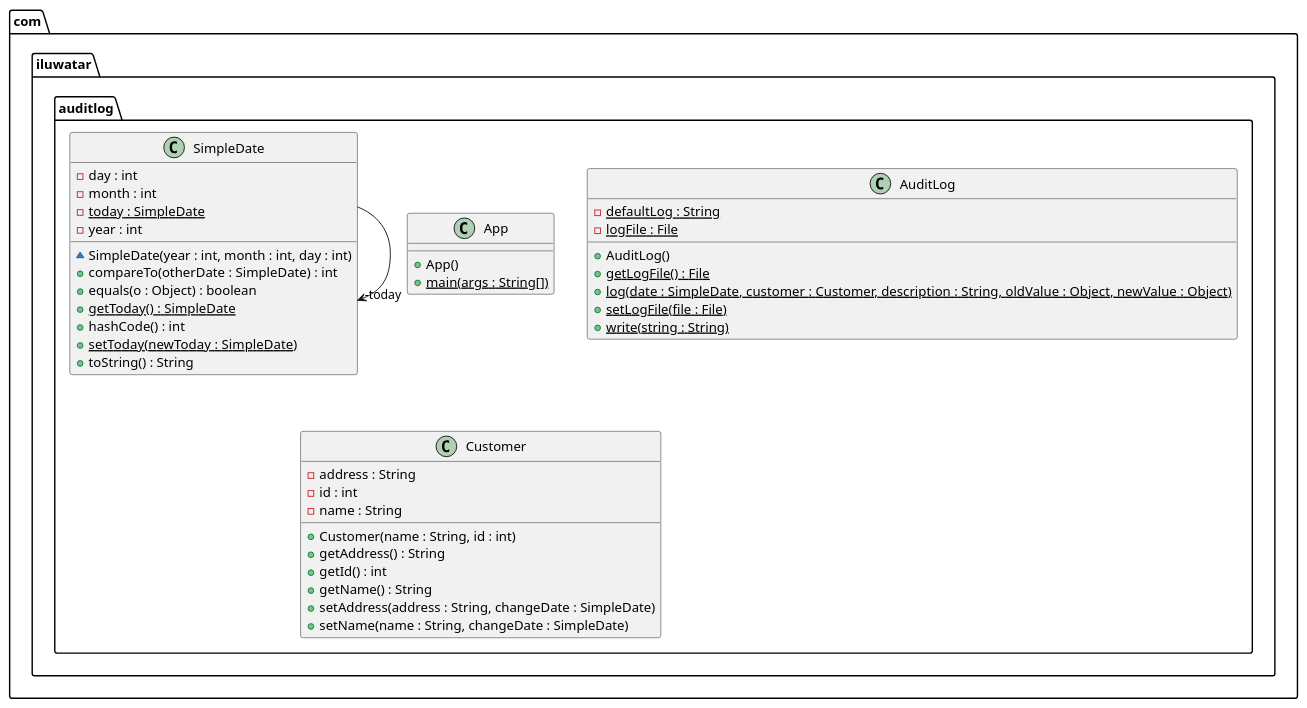
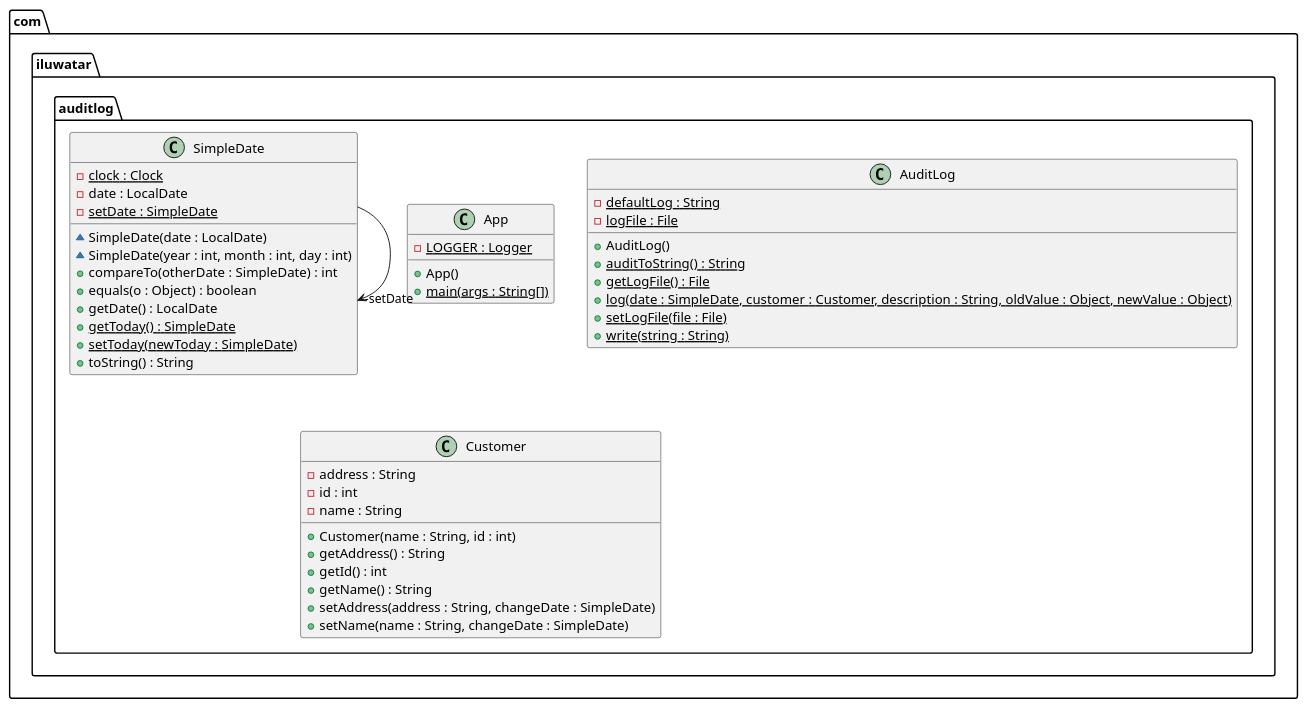
The diagram in audit-log/etc/audit-log.urm.puml (iluwatar/java-design-patterns), drawn with PlantUML before and after one commit. The commit also changed 8 other files, not shown here.

Commit message:
Fixing some readme issues, changing SimpleDate to be a wrapper for localDate

```diff
--- a/audit-log/etc/audit-log.urm.puml
+++ b/audit-log/etc/audit-log.urm.puml
@@ -1,42 +1,44 @@
 @startuml
 package com.iluwatar.auditlog {
   class App {
+    - LOGGER : Logger {static}
     + App()
     + main(args : String[]) {static}
   }
   class AuditLog {
     - defaultLog : String {static}
     - logFile : File {static}
     + AuditLog()
+    + auditToString() : String {static}
     + getLogFile() : File {static}
     + log(date : SimpleDate, customer : Customer, description : String, oldValue : Object, newValue : Object) {static}
     + setLogFile(file : File) {static}
     + write(string : String) {static}
   }
   class Customer {
     - address : String
     - id : int
     - name : String
     + Customer(name : String, id : int)
     + getAddress() : String
     + getId() : int
     + getName() : String
     + setAddress(address : String, changeDate : SimpleDate)
     + setName(name : String, changeDate : SimpleDate)
   }
   class SimpleDate {
-    - day : int
-    - month : int
-    - today : SimpleDate {static}
-    - year : int
+    - clock : Clock {static}
+    - date : LocalDate
+    - setDate : SimpleDate {static}
+    ~ SimpleDate(date : LocalDate)
     ~ SimpleDate(year : int, month : int, day : int)
     + compareTo(otherDate : SimpleDate) : int
     + equals(o : Object) : boolean
+    + getDate() : LocalDate
     + getToday() : SimpleDate {static}
-    + hashCode() : int
     + setToday(newToday : SimpleDate) {static}
     + toString() : String
   }
 }
-SimpleDate -->  "-today" SimpleDate
+SimpleDate -->  "-setDate" SimpleDate
 @enduml
```
